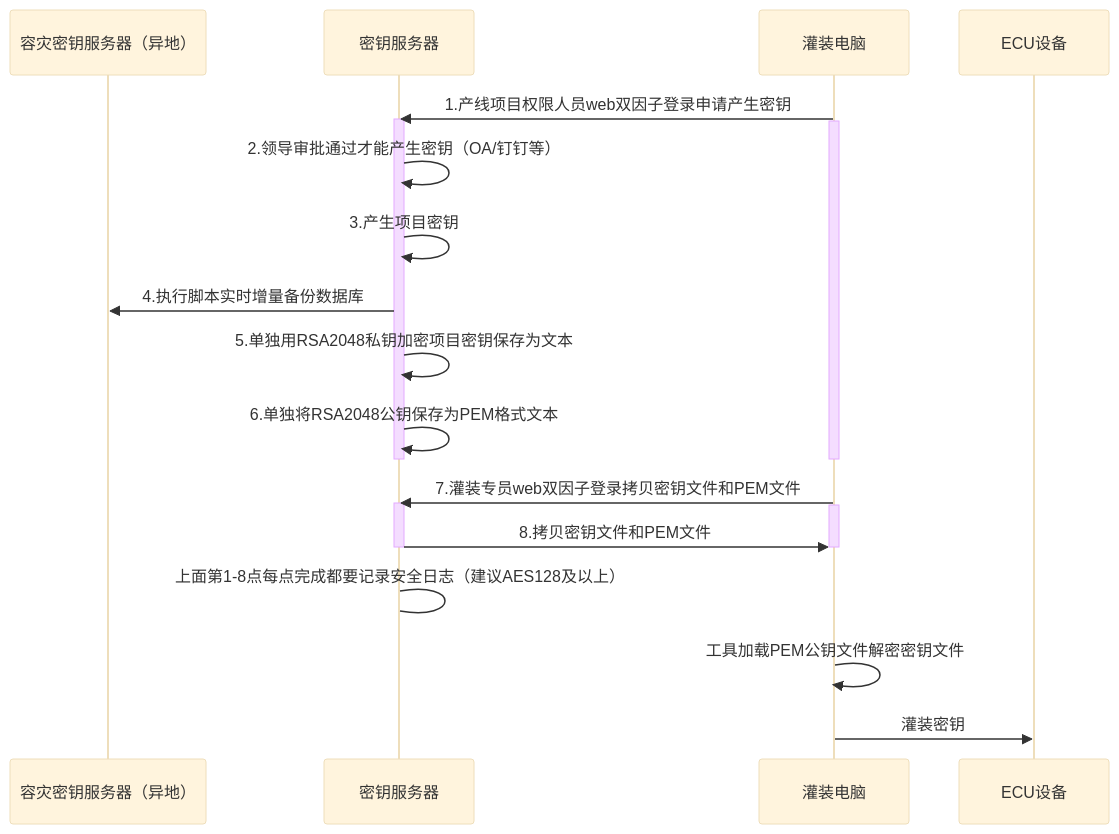
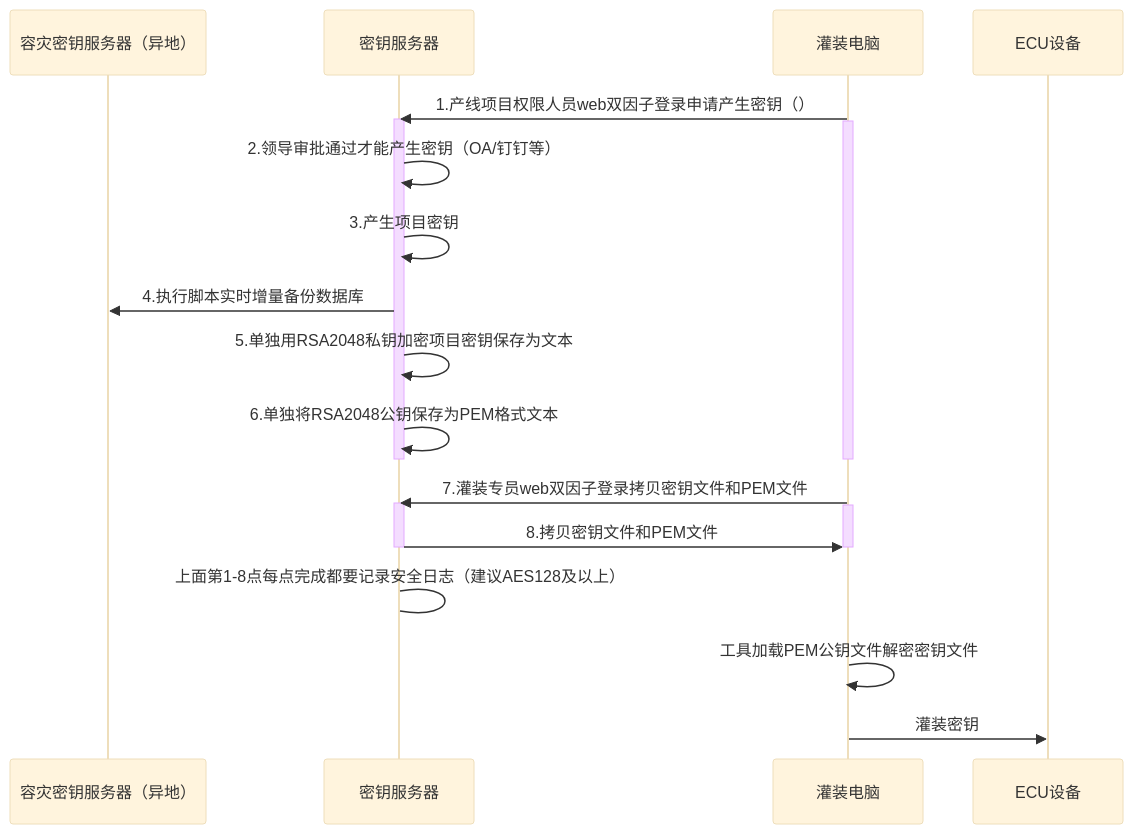
One commit to facebook-cloud/iodraw-files changed the diagram in all/未命名-15.md. Above: the diagram before and after it, drawn with Mermaid (base theme).

Commit message:
2026-02-11 19:59:13 update

````diff
--- a/all/未命名-15.md
+++ b/all/未命名-15.md
@@ -1,32 +1,32 @@
 ```mermaid
 sequenceDiagram
     participant A as 容灾密钥服务器（异地）
     participant B as 密钥服务器
     participant D as 灌装电脑
     participant E as ECU设备
 
     
-    D->>B: 1.产线项目权限人员web双因子登录申请产生密钥
+    D->>B: 1.产线项目权限人员web双因子登录申请产生密钥（）
     activate B
     activate D
     B->>B: 2.领导审批通过才能产生密钥（OA/钉钉等）
     B->>B: 3.产生项目密钥
     B->>A: 4.执行脚本实时增量备份数据库
     B->>B: 5.单独用RSA2048私钥加密项目密钥保存为文本
     B->>B: 6.单独将RSA2048公钥保存为PEM格式文本
     deactivate B
     deactivate D
 
     
     D->>B: 7.灌装专员web双因子登录拷贝密钥文件和PEM文件
     activate B
     activate D
     B->>D: 8.拷贝密钥文件和PEM文件
     deactivate B
     deactivate D
     B->B: 上面第1-8点每点完成都要记录安全日志（建议AES128及以上）
 
     D->>D:工具加载PEM公钥文件解密密钥文件
     
     D->>E: 灌装密钥
 ```
````
